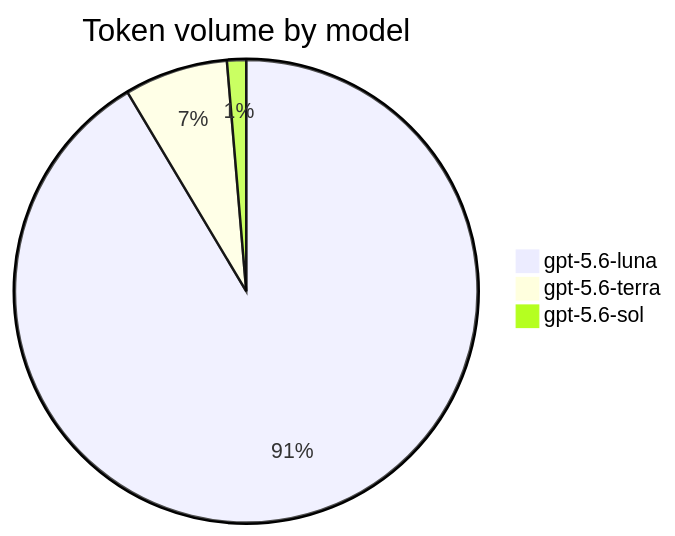
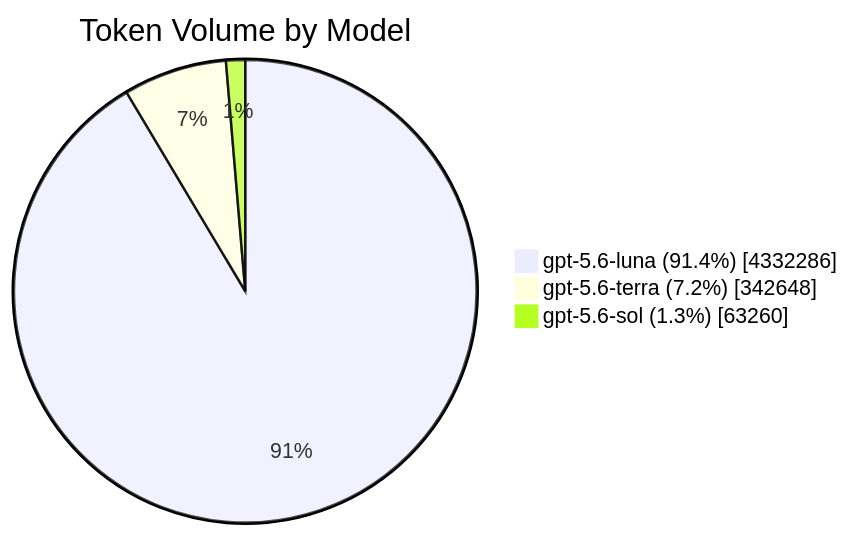
Before and after one commit to GhostXia/lean-dev-router: the second of 4 diagrams in README.md, drawn with Mermaid. The commit also changed other lines of this file, not shown here.

````diff
--- a/README.md
+++ b/README.md
@@ -107,6 +191,6 @@
 ```mermaid
-pie title Token volume by model
-    "gpt-5.6-luna" : 4332286
-    "gpt-5.6-terra" : 342648
-    "gpt-5.6-sol" : 63260
+pie showData title Token Volume by Model
+    "gpt-5.6-luna (91.4%)" : 4332286
+    "gpt-5.6-terra (7.2%)" : 342648
+    "gpt-5.6-sol (1.3%)" : 63260
 ```
````
